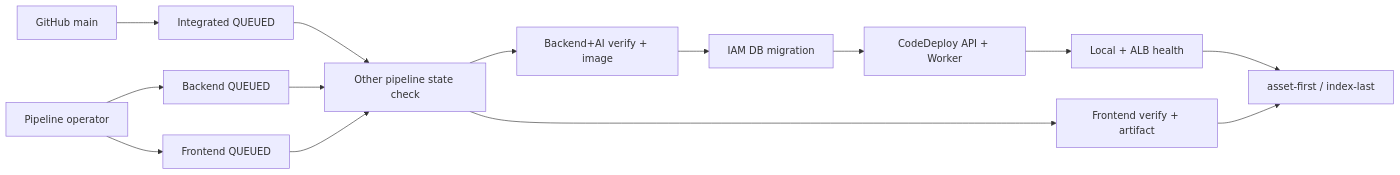
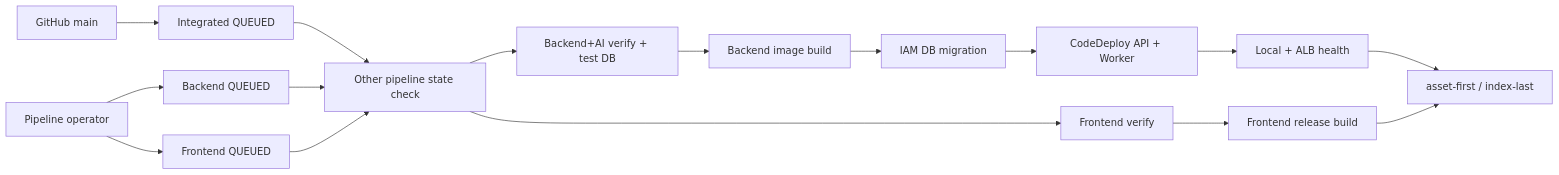
One commit to SKNETWORKS-FAMILY-AICAMP/SKN30-FINAL-3Team changed the diagram in docs/architecture/infra/deployment-and-operations.md. Above: the diagram before and after it, drawn with Mermaid. The commit also changed other lines of this file and 48 other files, not shown here.

````diff
--- a/docs/architecture/infra/deployment-and-operations.md
+++ b/docs/architecture/infra/deployment-and-operations.md
@@ -25,18 +25,20 @@
 ```mermaid
 flowchart LR
     main["GitHub main"] --> integrated["Integrated QUEUED"]
     operator["Pipeline operator"] --> backend["Backend QUEUED"]
     operator --> frontend["Frontend QUEUED"]
 
     integrated --> admission["Other pipeline state check"]
     backend --> admission
     frontend --> admission
 
-    admission --> bebuild["Backend+AI verify + image"]
-    admission --> febuild["Frontend verify + artifact"]
+    admission --> beverify["Backend+AI verify + test DB"]
+    admission --> feverify["Frontend verify"]
+    beverify --> bebuild["Backend image build"]
+    feverify --> febuild["Frontend release build"]
     bebuild --> migrate["IAM DB migration"]
     migrate --> deploy["CodeDeploy API + Worker"]
     deploy --> health["Local + ALB health"]
     health --> static["asset-first / index-last"]
     febuild --> static
 ```
````
